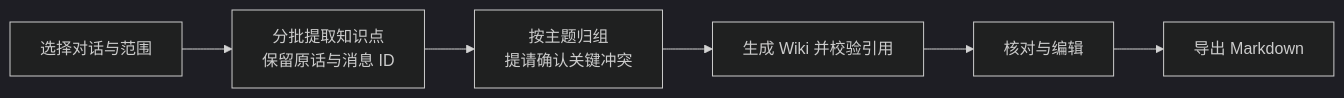
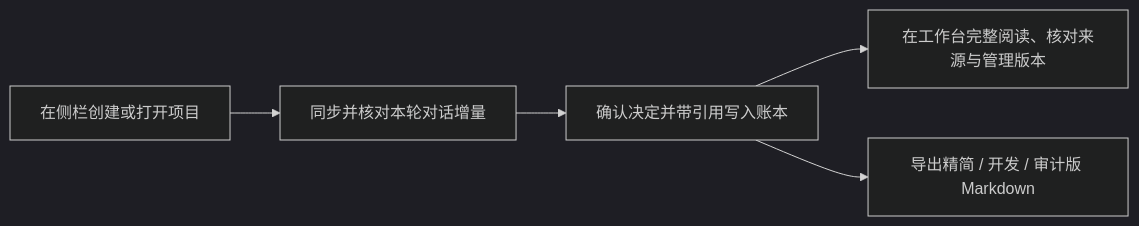
Before and after one commit to CNZHM666/ChatAtlas: the diagram in README.zh-CN.md, drawn with Mermaid (dark theme). The commit also changed other lines of this file and 539 other files, not shown here.

````diff
--- a/README.zh-CN.md
+++ b/README.zh-CN.md
@@ -86,8 +87,7 @@
 ```mermaid
 flowchart LR
-  A["选择对话与范围"] --> B["分批提取知识点<br/>保留原话与消息 ID"]
-  B --> C["按主题归组<br/>提请确认关键冲突"]
-  C --> D["生成 Wiki 并校验引用"]
-  D --> E["核对与编辑"]
-  E --> F["导出 Markdown"]
+  A["在侧栏创建或打开项目"] --> B["同步并核对本轮对话增量"]
+  B --> C["确认决定并带引用写入账本"]
+  C --> D["在工作台完整阅读、核对来源与管理版本"]
+  C --> E["导出精简 / 开发 / 审计版 Markdown"]
 ```
````
